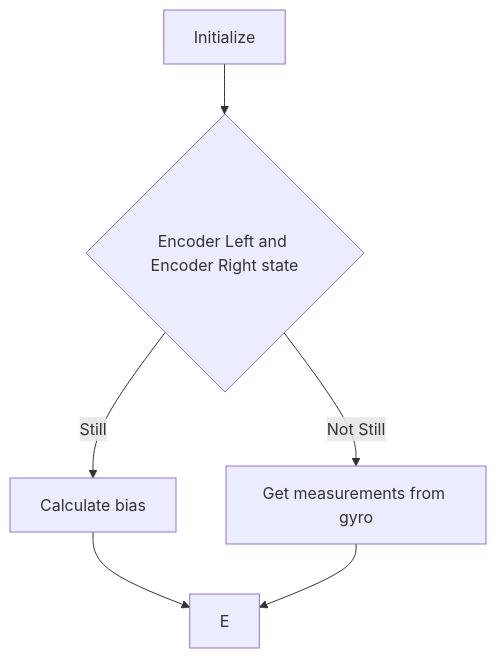
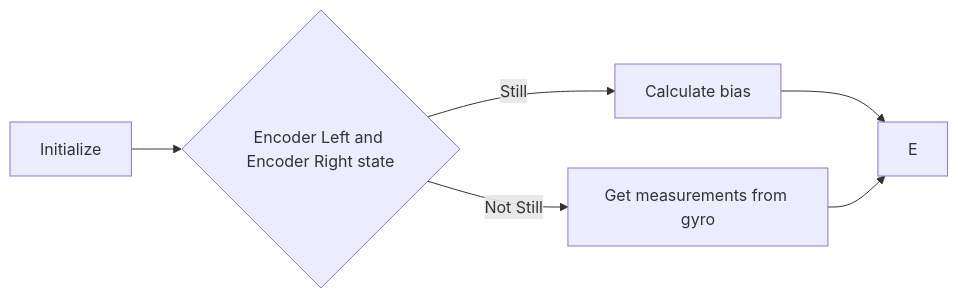
One commit to LucasTakanori/PAE-HP changed the diagram in Gyro_Encoders/README.md. Above: the diagram before and after it, drawn with Mermaid.

````diff
--- a/Gyro_Encoders/README.md
+++ b/Gyro_Encoders/README.md
@@ -73,8 +73,8 @@
 ```mermaid
-flowchart TD
+flowchart LR
     A[Initialize] --> B{Encoder Left and Encoder Right state};
     B -- Still -->C[Calculate bias];
     B -- Not Still --> D[Get measurements from gyro];
     C --> E;
     D --> E;
 ```
````
